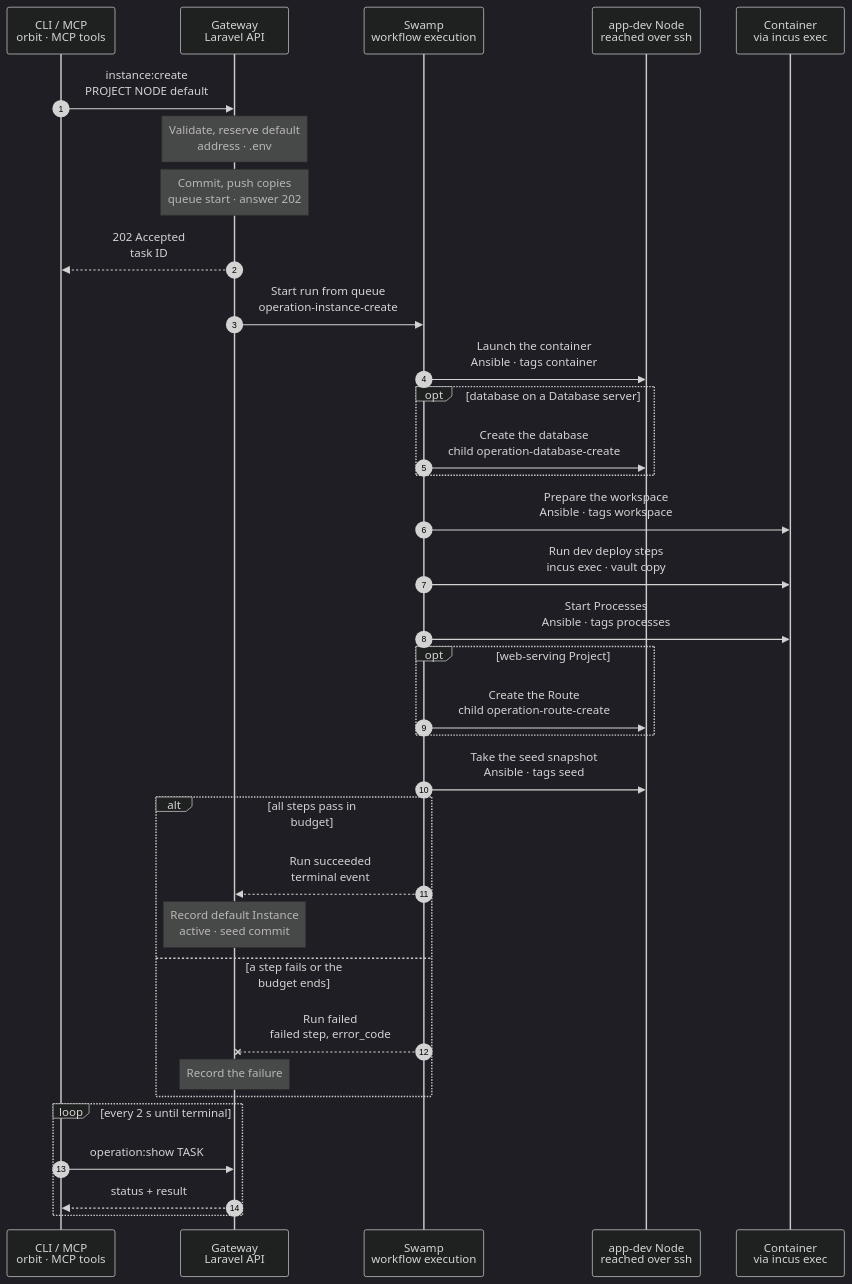
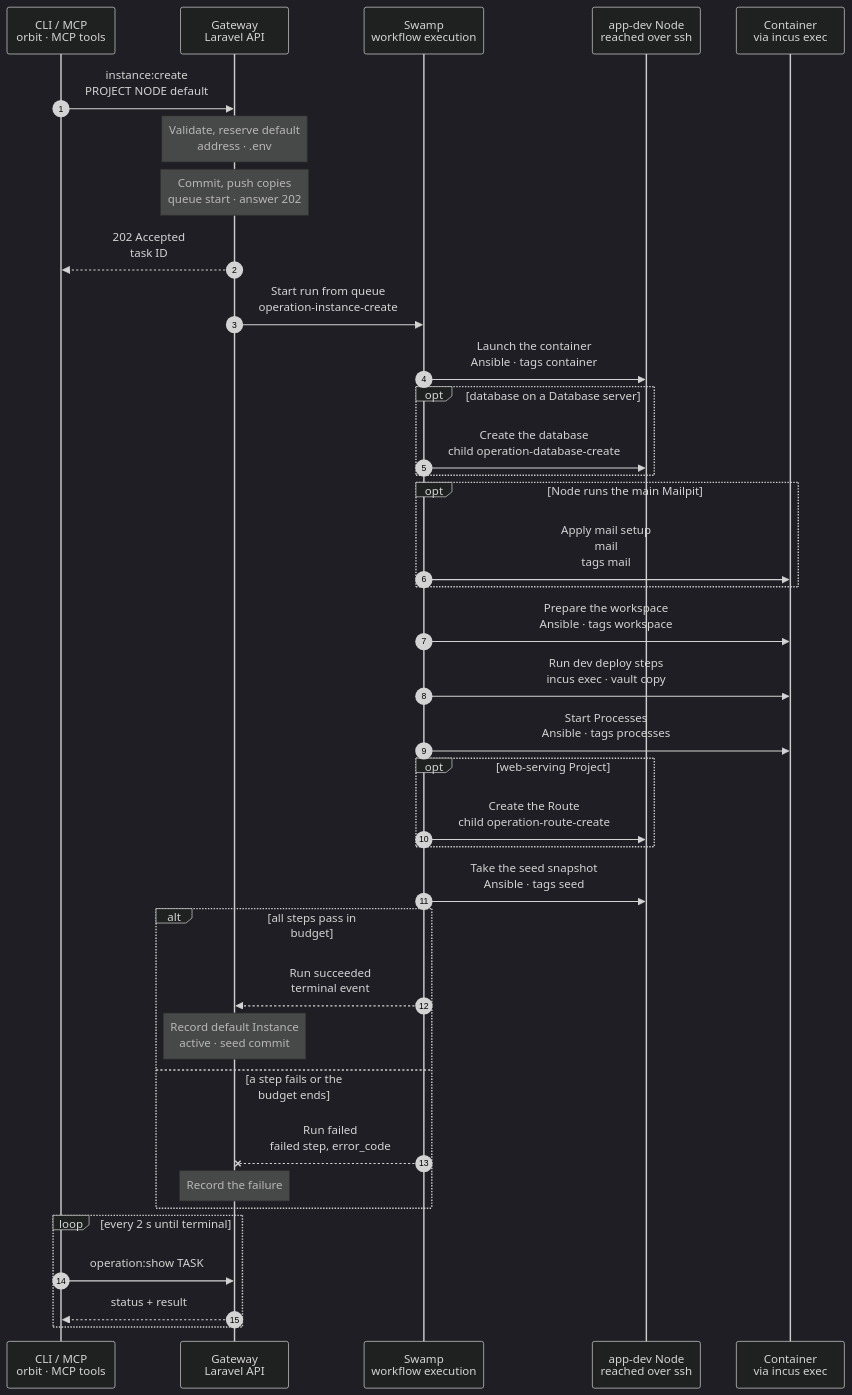
Before and after one commit to hardimpactdev/orbit: the diagram in docs/cli/instance/container/create-default.mmd, drawn with Mermaid (dark theme). The commit also changed 29 other files, not shown here.

First line of the commit message:
feat(instances): forward development SMTP to the main Mailpit (#3437)

```diff
--- a/docs/cli/instance/container/create-default.mmd
+++ b/docs/cli/instance/container/create-default.mmd
@@ -1,79 +1,86 @@
 sequenceDiagram
   %% Target design, container runtime (ADR 0250 step 3, docs/reference/development-containers.md#the-default-instance): the Project's first default Instance on an app-dev Node, the only Instance built from scratch. It runs no T3; it is the clone source of the Project's other Instances. When the charts move into place, this becomes the first-default branch of container/create.mmd.
   %% status: draft
   %% command: instance:create PROJECT NODE default
   %% kind: instance.create
   autonumber
   %% lane CLI icon=terminal pill=caller tone=gray
   %% lane GW icon=gateway pill=intent tone=blue
   %% lane SW icon=workflow pill=executes tone=green
   %% lane N icon=server pill=target tone=amber
   %% lane C icon=server pill=target tone=purple
   participant CLI as CLI / MCP<br/>orbit · MCP tools
   participant GW as Gateway<br/>Laravel API
   participant SW as Swamp<br/>workflow execution
   participant N as app-dev Node<br/>reached over ssh
   participant C as Container<br/>via incus exec
   CLI->>GW: instance:create<br/>PROJECT NODE default
   %%> Command:
   %%> - `orbit instance:create PROJECT NODE default`
   %%> - a name equal to the Project's default branch also creates the `default` Instance
   Note over GW: Validate, reserve default<br/>address · .env
   %%> Requirements:
   %%> - the calling Node has node access to the target Node, an active `app-dev` Node
   %%> - the Project has no default Instance anywhere in the fleet; its other Instances are made on this Node
   %%> - a web-serving Project names its PHP version, and the runtime folder holds that static PHP build
   %%> Result:
   %%> - the default Instance is reserved with its runtime record and Route; it gets no T3 port
   %%> - `.env` is rendered from the Project's env template; a repository read token goes to the vault
   Note over GW: Commit, push copies<br/>queue start · answer 202
   GW-->>CLI: 202 Accepted<br/>task ID
   GW->>SW: Start run from queue<br/>operation-instance-create
   SW->>N: Launch the container<br/>Ansible · tags container
   %%> What it does:
   %%> - `incus init` from the Node's image `orbit-instance` with the reserved bridge address, then `incus start`; the project's profile gives `security.port_isolation` and the idmapped, read-only shared folders
   %%> - the NIC carries `orbitinst0-proxy` and the container's own ACL, which lets only the Node's Caddy reach port 8080; `orbitinst0-egress` stays on the bridge only
   %%> - the agent folder is mounted too, so its clones have it; nothing in the default runs from it
   %%> - fetches the default branch into the Node's mirror with the read token; the token stays on the Node
   opt database on a Database server
     SW->>N: Create the database<br/>child operation-database-create
     %%> What it does:
     %%> - the database family creates the owner and the database on the Project's database server, on this Node or another
     %%> - needs the container's database rule; without it the admission refuses `operation.kind_unavailable`
   end
+  opt Node runs the main Mailpit
+    SW->>C: Apply mail setup<br/>mail<br/>tags mail
+    %%> Why:
+    %%> - the exact own-ACL SMTP rule and additive bridge endpoint reach Mailpit without a Node converge
+    %%> When:
+    %%> - two IPv4 loopback sockets forward 1025 and 2525; a foreign listener skips setup without stopping its Process
+  end
   SW->>C: Prepare the workspace<br/>Ansible · tags workspace
   %%> What it does:
   %%> - pushes the default branch in as a bundle and checks it out in `/srv/workspace` as `orbit`, with the group, setgid bits and default ACLs
   %%> - writes `.env` for `orbit` with group `work`; writes no `/etc/orbit/instance`, so T3 never starts here
   SW->>C: Run dev deploy steps<br/>incus exec · vault copy
   %%> What it does:
   %%> - the Project's development deploy steps, as `orbit`, in list order: they install dependencies and migrate
   %%> - the runtime folder supplies `php`, `composer`, Node and Bun; dependency downloads use the container egress model
   SW->>C: Start Processes<br/>Ansible · tags processes
   %%> What it does:
   %%> - FrankenPHP starts as the `orbit` unit `orbit-frankenphp.service` on port 8080 of the bridge address
   %%> - writes the shared FrankenPHP Caddyfile: only the Node's bridge peer with `X-Forwarded-Proto: https` sets PHP's HTTPS scheme, port and resolved client IP; other requests keep native values
   %%> - starts use nonblocking systemd jobs, then a bounded readiness check for each running unit; container Process units order after `network.target`
   %%> - the Project's development Processes start as `orbit-process-<id>-<name>.service` units, as `orbit`; each environment file comes from the vault, root only
   %%> - a Process whose desired state is stopped is installed, not started
   opt web-serving Project
     SW->>N: Create the Route<br/>child operation-route-create
   end
   SW->>N: Take the seed snapshot<br/>Ansible · tags seed
   %%> What it does:
   %%> - stops the Processes for a moment and snapshots the container as `seed-<commit>`, which clones copy
   alt all steps pass in budget
     SW-->>GW: Run succeeded<br/>terminal event
     Note over GW: Record default Instance<br/>active · seed commit
     %%> Result:
     %%> - the default Instance is active and its container runs; the runtime records the seed commit
   else a step fails or the budget ends
     SW--xGW: Run failed<br/>failed step, error_code
     %%> What stays:
     %%> - the stopped container with its workspace, marked failed; the same command resumes it
     Note over GW: Record the failure
   end
   loop every 2 s until terminal
     CLI->>GW: operation:show TASK
     GW-->>CLI: status + result
   end
```
